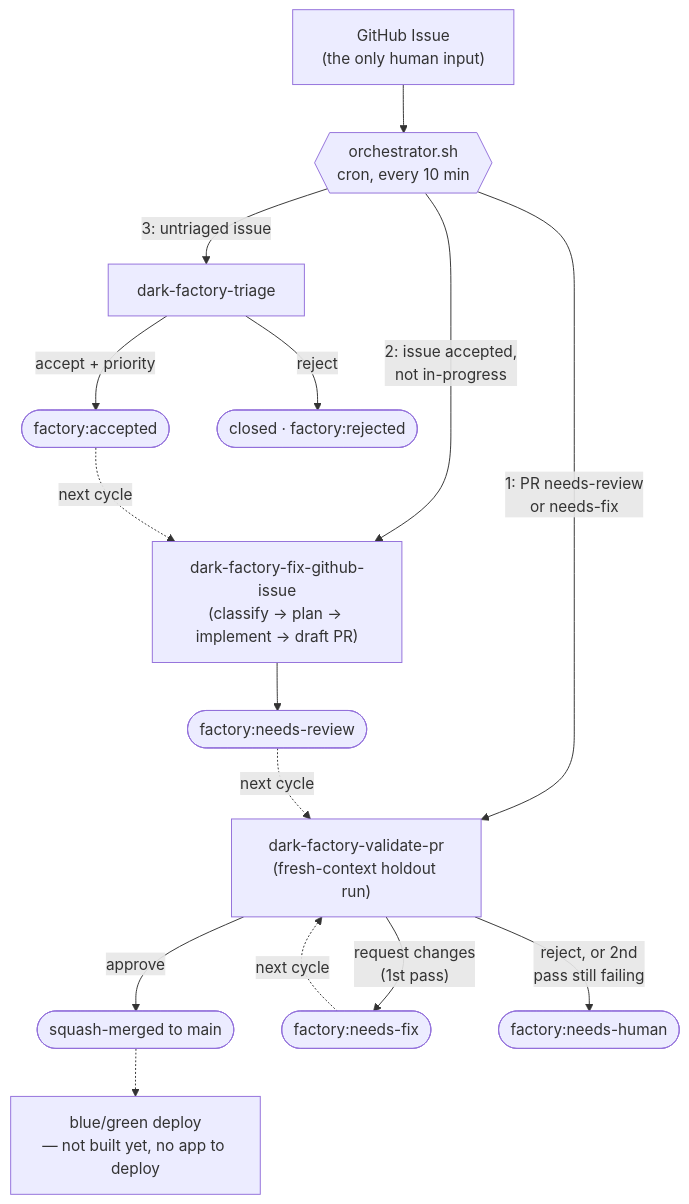
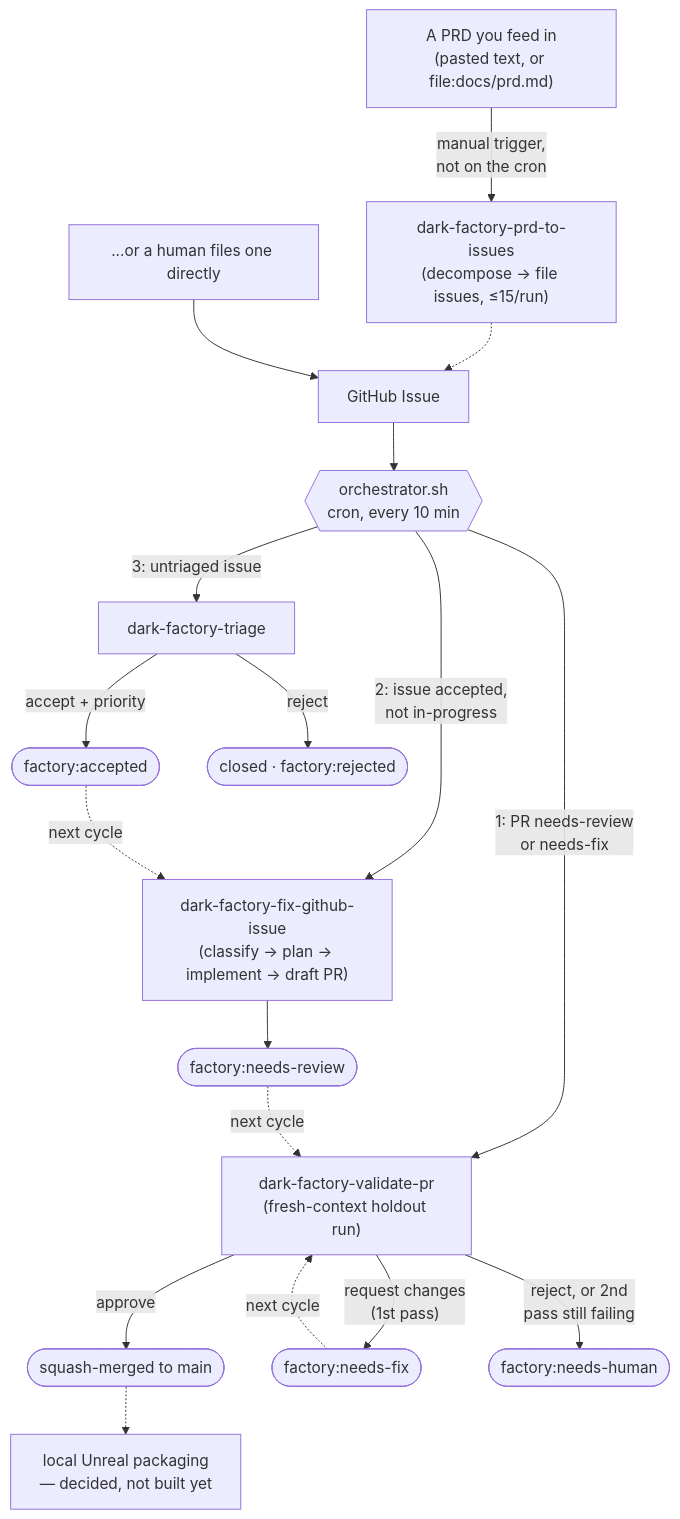
Before and after one commit to severinkehding/krowd-kontrol: the first of 2 diagrams in README.md, drawn with Mermaid. The commit also changed other lines of this file and 6 other files, not shown here.

First line of the commit message:
Add dark-factory-prd-to-issues; scope deployment; drop Unreal-in-git

````diff
--- a/README.md
+++ b/README.md
@@ -18,22 +19,26 @@
 ```mermaid
 flowchart TD
-    ISSUE["GitHub Issue<br>(the only human input)"] --> ORCH{{"orchestrator.sh<br>cron, every 10 min"}}
+    PRD["A PRD you feed in<br>(pasted text, or file:docs/prd.md)"] -->|"manual trigger,<br>not on the cron"| PTOI["dark-factory-prd-to-issues<br>(decompose → file issues, ≤15/run)"]
+    PTOI -.-> ISSUE
+    HUMANISSUE["...or a human files one directly"] --> ISSUE
+
+    ISSUE["GitHub Issue"] --> ORCH{{"orchestrator.sh<br>cron, every 10 min"}}
 
     ORCH -->|"1: PR needs-review<br>or needs-fix"| VALIDATE["dark-factory-validate-pr<br>(fresh-context holdout run)"]
     ORCH -->|"2: issue accepted,<br>not in-progress"| BUILD["dark-factory-fix-github-issue<br>(classify → plan → implement → draft PR)"]
     ORCH -->|"3: untriaged issue"| TRIAGE["dark-factory-triage"]
 
     TRIAGE -->|accept + priority| ACCEPTED(["factory:accepted"])
     TRIAGE -->|reject| REJECTED(["closed · factory:rejected"])
     ACCEPTED -. next cycle .-> BUILD
 
     BUILD --> NEEDSREVIEW(["factory:needs-review"])
     NEEDSREVIEW -. next cycle .-> VALIDATE
 
     VALIDATE -->|approve| MERGE(["squash-merged to main"])
     VALIDATE -->|"request changes<br>(1st pass)"| NEEDSFIX(["factory:needs-fix"])
     NEEDSFIX -. next cycle .-> VALIDATE
     VALIDATE -->|"reject, or 2nd<br>pass still failing"| HUMAN(["factory:needs-human"])
 
-    MERGE -.-> DEPLOY["blue/green deploy<br>— not built yet, no app to deploy"]
+    MERGE -.-> DEPLOY["local Unreal packaging<br>— decided, not built yet"]
 ```
````
